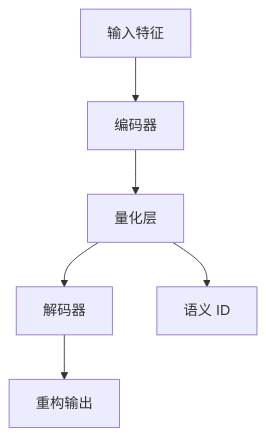
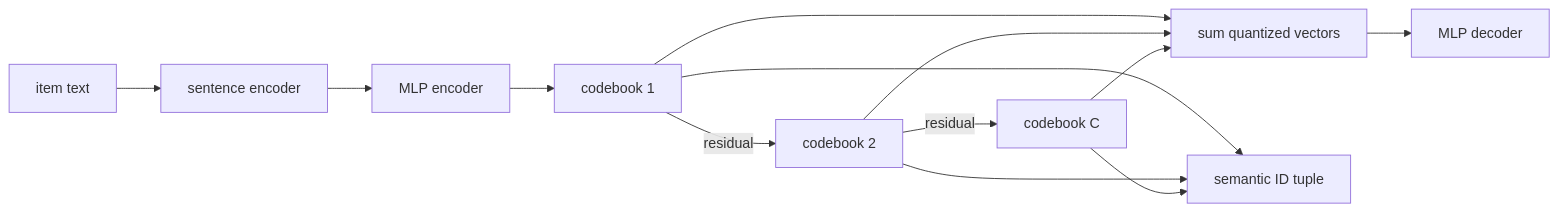
One commit to phonism/genrec changed the diagram in docs/zh/models/rqvae.md. Above: the diagram before and after it, drawn with Mermaid. The commit also changed other lines of this file and 90 other files, not shown here.

````diff
--- a/docs/zh/models/rqvae.md
+++ b/docs/zh/models/rqvae.md
@@ -9,8 +39,15 @@
 ```mermaid
-graph TD
-    A[输入特征] --> B[编码器]
-    B --> C[量化层]
-    C --> D[解码器]
-    D --> E[重构输出]
-    C --> F[语义 ID]
+flowchart LR
+    X[item text] --> S[sentence encoder]
+    S --> Z[MLP encoder]
+    Z --> Q1[codebook 1]
+    Q1 -->|residual| Q2[codebook 2]
+    Q2 -->|residual| Q3[codebook C]
+    Q1 --> SUM[sum quantized vectors]
+    Q2 --> SUM
+    Q3 --> SUM
+    SUM --> D[MLP decoder]
+    Q1 --> SID[semantic ID tuple]
+    Q2 --> SID
+    Q3 --> SID
 ```
````
